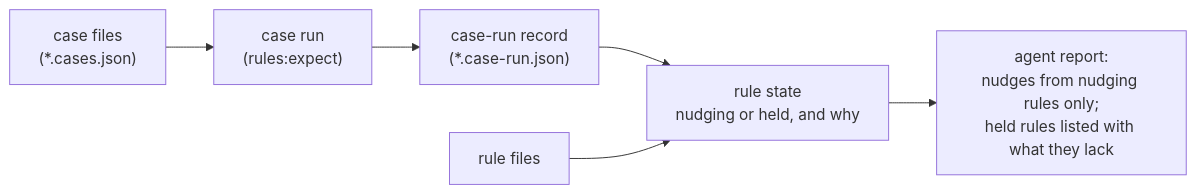
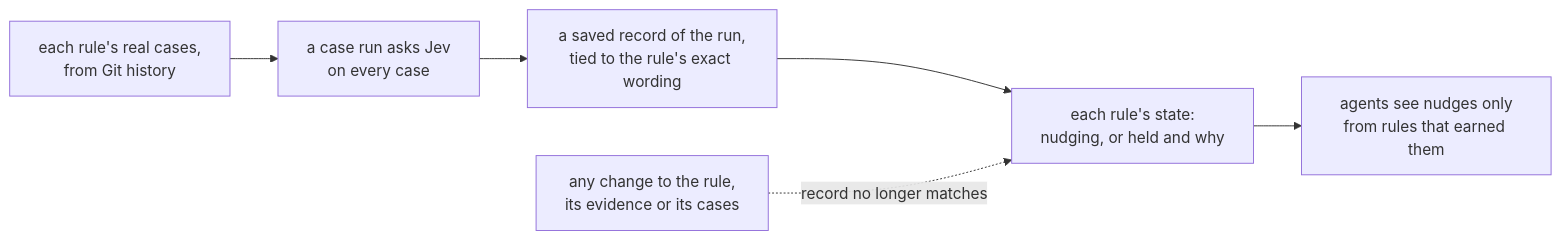
Before and after one commit to ShravanSunder/sunstack: the diagram in docs/specs/2026-11-03-skill-rules/deliverables/2-rules-earn-their-nudges/design.md, drawn with Mermaid. The commit also changed other lines of this file and 19 other files, not shown here.

Commit message:
docs(skill-rules): deliverable designs explain the deliverable (problem, picture, worked example, what changes, how we'll know); deliverable plans open with the steps drawn and an at-a-glance table, agent detail after, record last

````diff
--- a/docs/specs/2026-11-03-skill-rules/deliverables/2-rules-earn-their-nudges/design.md
+++ b/docs/specs/2026-11-03-skill-rules/deliverables/2-rules-earn-their-nudges/design.md
@@ -29,8 +9,8 @@
 ```mermaid
 flowchart LR
-  cases["case files<br/>(*.cases.json)"] --> caserun["case run<br/>(rules:expect)"]
-  caserun --> receipt["case-run record<br/>(*.case-run.json)"]
-  receipt --> state["rule state<br/>nudging or held, and why"]
-  rules["rule files"] --> state
-  state --> report["agent report:<br/>nudges from nudging rules only;<br/>held rules listed with what they lack"]
+  cases["each rule's real cases,<br/>from Git history"] --> run["a case run asks Jev<br/>on every case"]
+  run --> record["a saved record of the run,<br/>tied to the rule's exact wording"]
+  record --> state["each rule's state:<br/>nudging, or held and why"]
+  state --> report["agents see nudges only<br/>from rules that earned them"]
+  change["any change to the rule,<br/>its evidence or its cases"] -.->|"record no longer matches"| state
 ```
````
